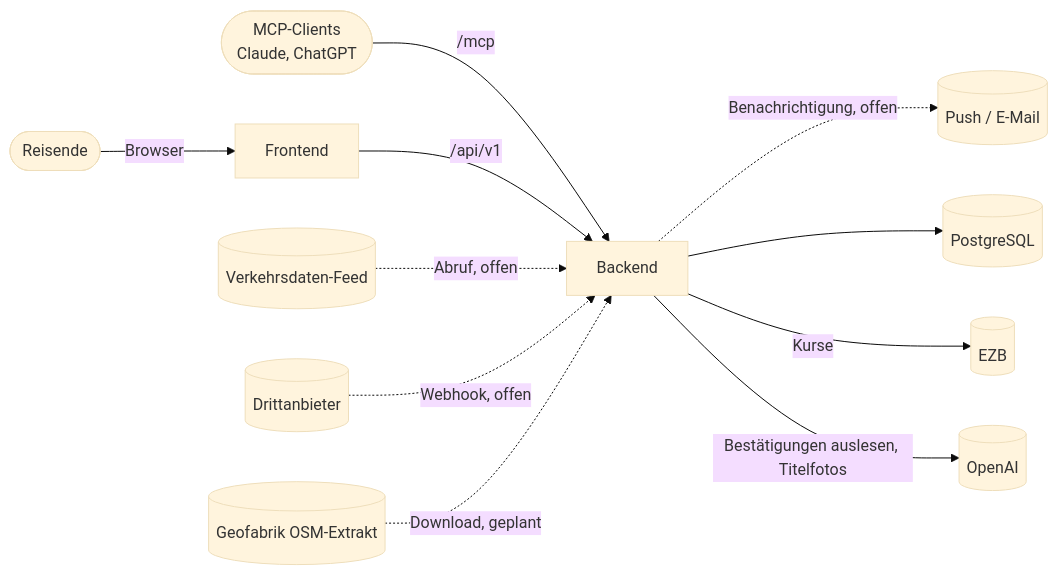
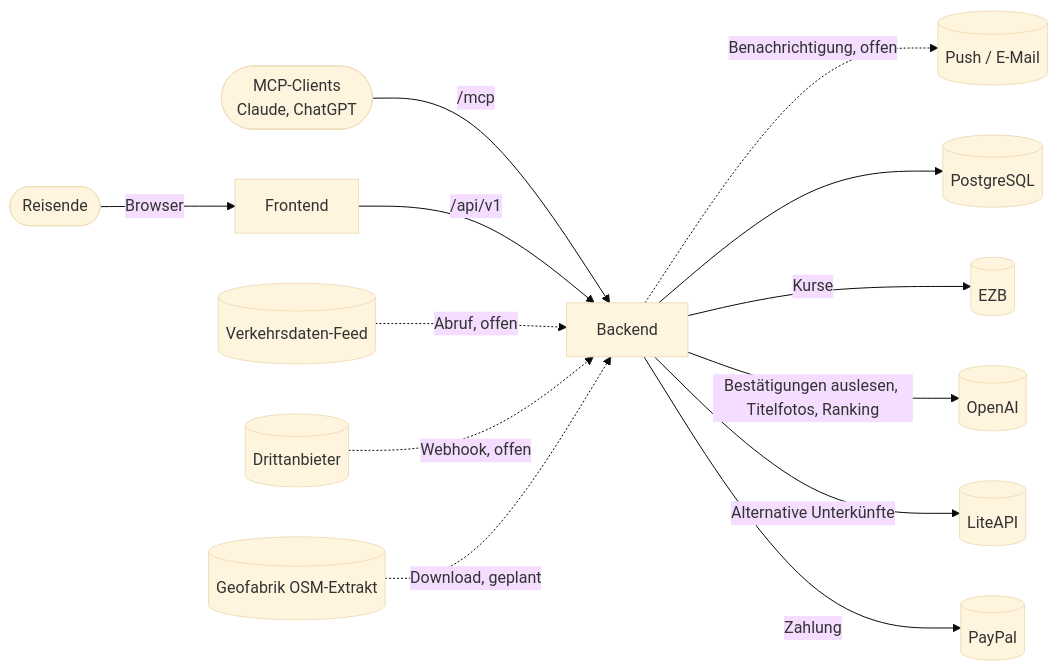
Before and after one commit to kehrbros/nofrustrationvacation: the first of 2 diagrams in Docs/architecture.md, drawn with Mermaid (base theme). The commit also changed other lines of this file and 94 other files, not shown here.

````diff
--- a/Docs/architecture.md
+++ b/Docs/architecture.md
@@ -9,13 +9,15 @@
 ```mermaid
 flowchart LR
     user([Reisende]) -->|Browser| fe[Frontend]
     mcp([MCP-Clients<br>Claude, ChatGPT]) -->|/mcp| be
     fe -->|/api/v1| be[Backend]
     feed[(Verkehrsdaten-Feed)] -.->|Abruf, offen| be
     hook[(Drittanbieter)] -.->|Webhook, offen| be
     osm[(Geofabrik OSM-Extrakt)] -.->|Download, geplant| be
     be -.->|Benachrichtigung, offen| notify[(Push / E-Mail)]
     be --> db[(PostgreSQL)]
     be -->|Kurse| ecb[(EZB)]
-    be -->|Bestätigungen auslesen, Titelfotos| openai[(OpenAI)]
+    be -->|Bestätigungen auslesen, Titelfotos, Ranking| openai[(OpenAI)]
+    be -->|Alternative Unterkünfte| liteapi[(LiteAPI)]
+    be -->|Zahlung| paypal[(PayPal)]
 ```
````
